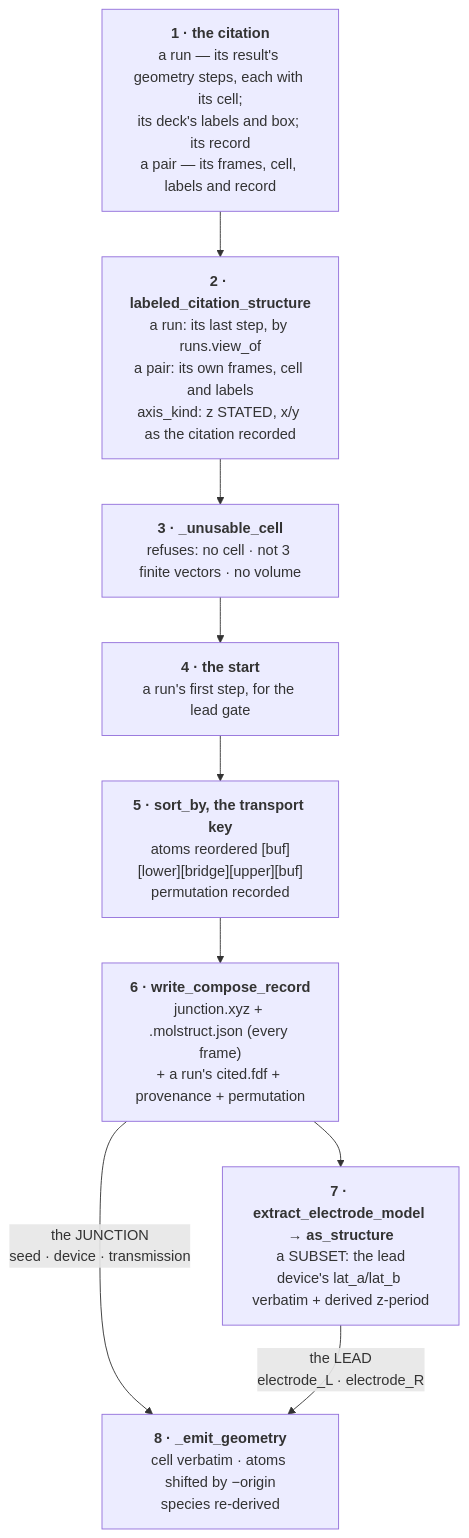
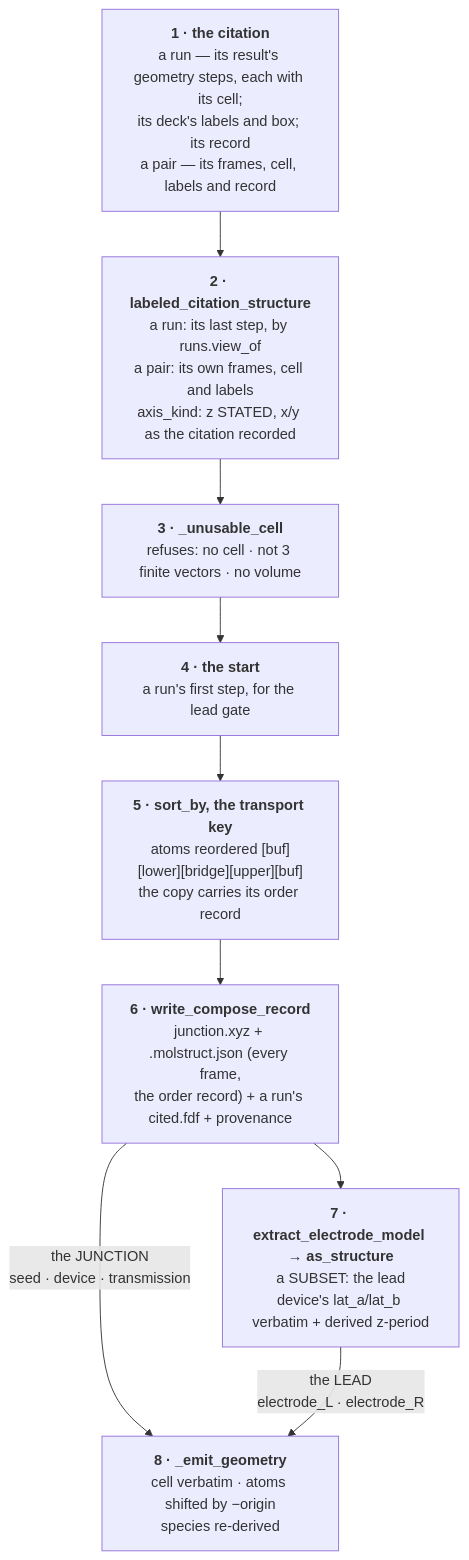
Diagram 12 of 12 in docs/engines/transport.md (Qing-LAB/molbuilder), drawn with Mermaid before and after one commit. The commit also changed other lines of this file and 40 other files, not shown here.

````diff
--- a/docs/engines/transport.md
+++ b/docs/engines/transport.md
@@ -4493,15 +4493,15 @@
 ```mermaid
 flowchart TB
     XV["<b>1 · the citation</b><br/>a run — its result's geometry steps, each with its cell;<br/>its deck's labels and box; its record<br/>a pair — its frames, cell, labels and record"]
     LOAD["<b>2 · labeled_citation_structure</b><br/>a run: its last step, by runs.view_of<br/>a pair: its own frames, cell and labels<br/>axis_kind: z STATED, x/y as the citation recorded"]
     GATE["<b>3 · _unusable_cell</b><br/>refuses: no cell · not 3 finite vectors · no volume"]
     OVER["<b>4 · the start</b><br/>a run's first step, for the lead gate"]
-    SORT["<b>5 · sort_by, the transport key</b><br/>atoms reordered [buf][lower][bridge][upper][buf]<br/>permutation recorded"]
-    REC["<b>6 · write_compose_record</b><br/>junction.xyz + .molstruct.json (every frame)<br/>+ a run's cited.fdf + provenance + permutation"]
+    SORT["<b>5 · sort_by, the transport key</b><br/>atoms reordered [buf][lower][bridge][upper][buf]<br/>the copy carries its order record"]
+    REC["<b>6 · write_compose_record</b><br/>junction.xyz + .molstruct.json (every frame,<br/>the order record) + a run's cited.fdf + provenance"]
     EX["<b>7 · extract_electrode_model → as_structure</b><br/>a SUBSET: the lead<br/>device's lat_a/lat_b verbatim + derived z-period"]
     EM["<b>8 · _emit_geometry</b><br/>cell verbatim · atoms shifted by −origin<br/>species re-derived"]
 
     XV --> LOAD --> GATE --> OVER --> SORT --> REC
     REC -->|"the JUNCTION<br/>seed · device · transmission"| EM
     REC --> EX -->|"the LEAD<br/>electrode_L · electrode_R"| EM
 ```
````
